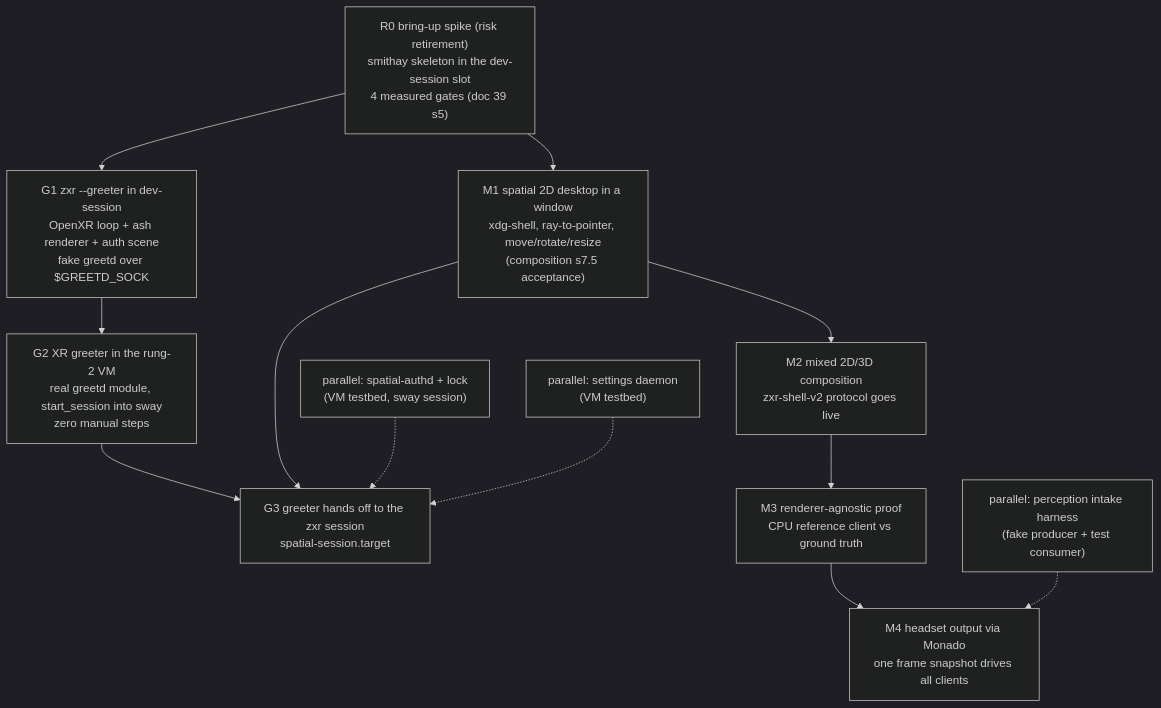
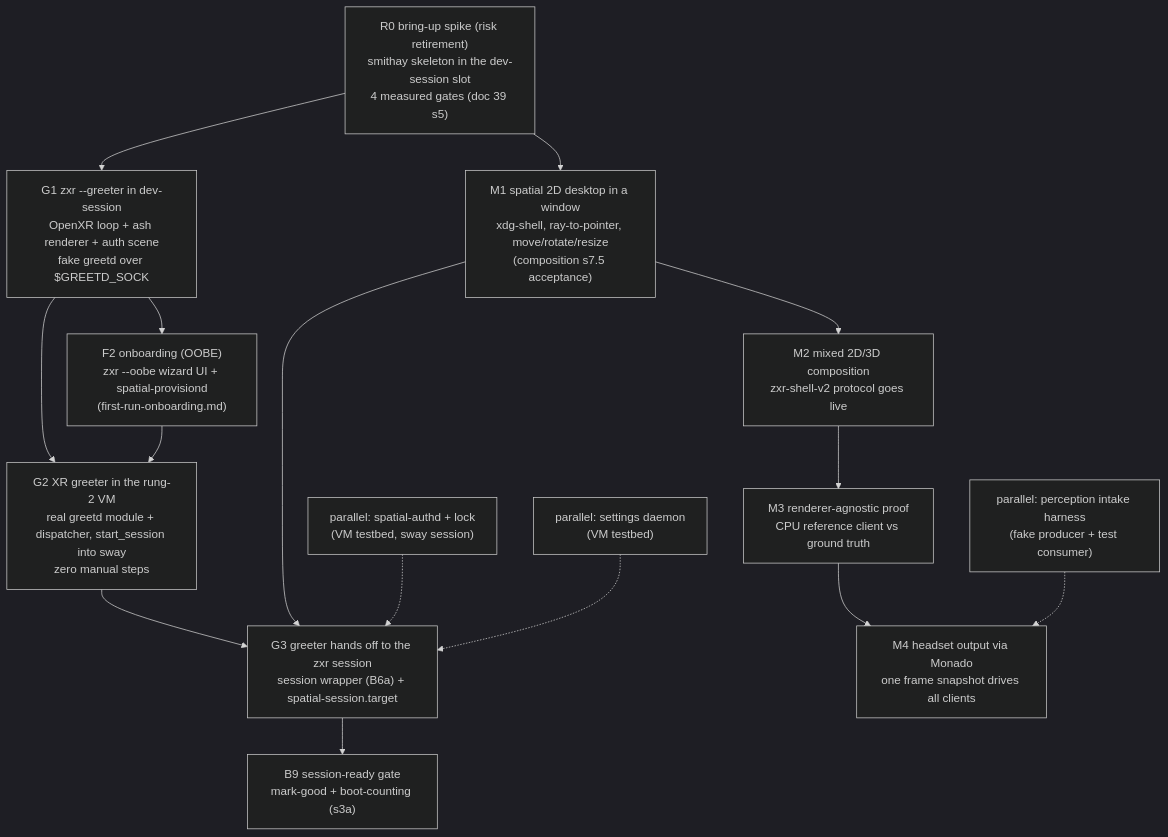
The diagram in docs/architecture/implementation-path.md (mura-os/mura), drawn with Mermaid (dark theme) before and after one commit. The commit also changed other lines of this file, not shown here.

````diff
--- a/docs/architecture/implementation-path.md
+++ b/docs/architecture/implementation-path.md
@@ -51,14 +59,17 @@
 ```mermaid
 flowchart TD
     R0["R0 bring-up spike (risk retirement)\nsmithay skeleton in the dev-session slot\n4 measured gates (doc 39 s5)"] --> G1["G1 zxr --greeter in dev-session\nOpenXR loop + ash renderer + auth scene\nfake greetd over $GREETD_SOCK"]
     R0 --> M1["M1 spatial 2D desktop in a window\nxdg-shell, ray-to-pointer, move/rotate/resize\n(composition s7.5 acceptance)"]
-    G1 --> G2["G2 XR greeter in the rung-2 VM\nreal greetd module, start_session into sway\nzero manual steps"]
+    G1 --> G2["G2 XR greeter in the rung-2 VM\nreal greetd module + dispatcher, start_session into sway\nzero manual steps"]
+    G1 --> F2["F2 onboarding (OOBE)\nzxr --oobe wizard UI + spatial-provisiond\n(first-run-onboarding.md)"]
+    F2 --> G2
     M1 --> M2["M2 mixed 2D/3D composition\nzxr-shell-v2 protocol goes live"]
-    G2 --> G3["G3 greeter hands off to the zxr session\nspatial-session.target"]
+    G2 --> G3["G3 greeter hands off to the zxr session\nsession wrapper (B6a) + spatial-session.target"]
     M1 --> G3
+    G3 --> B9["B9 session-ready gate\nmark-good + boot-counting (s3a)"]
     M2 --> M3["M3 renderer-agnostic proof\nCPU reference client vs ground truth"]
     M3 --> M4["M4 headset output via Monado\none frame snapshot drives all clients"]
     AUTHD["parallel: spatial-authd + lock\n(VM testbed, sway session)"] -.-> G3
     SETTINGS["parallel: settings daemon\n(VM testbed)"] -.-> G3
     PERC["parallel: perception intake harness\n(fake producer + test consumer)"] -.-> M4
 ```
````
